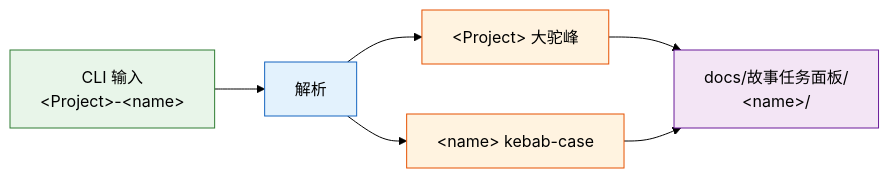
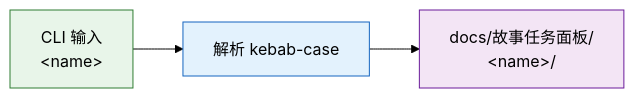
The fourth of 9 diagrams in rules/doc-generation.md (effiy/YrY), drawn with Mermaid (forest theme) before and after one commit. The commit also changed other lines of this file and 22 other files, not shown here.

````diff
--- a/rules/doc-generation.md
+++ b/rules/doc-generation.md
@@ -112,12 +112,9 @@
 ```mermaid
 flowchart LR
-    INPUT["CLI 输入<br/>&lt;Project&gt;-&lt;name&gt;"]:::src --> PARSE["解析"]:::op
-    PARSE --> PROJ["&lt;Project&gt; 大驼峰"]:::rule
-    PARSE --> NAME["&lt;name&gt; kebab-case"]:::rule
-    PROJ & NAME --> PATH["docs/故事任务面板/<br/>&lt;name&gt;/"]:::out
+    INPUT["CLI 输入<br/>&lt;name&gt;"]:::src --> PARSE["解析 kebab-case"]:::op
+    PARSE --> PATH["docs/故事任务面板/<br/>&lt;name&gt;/"]:::out
 
     classDef src fill:#e8f5e9,stroke:#2e7d32;
     classDef op fill:#e3f2fd,stroke:#1565c0;
-    classDef rule fill:#fff3e0,stroke:#e65100;
     classDef out fill:#f3e5f5,stroke:#6a1b9a;
 ```
````
